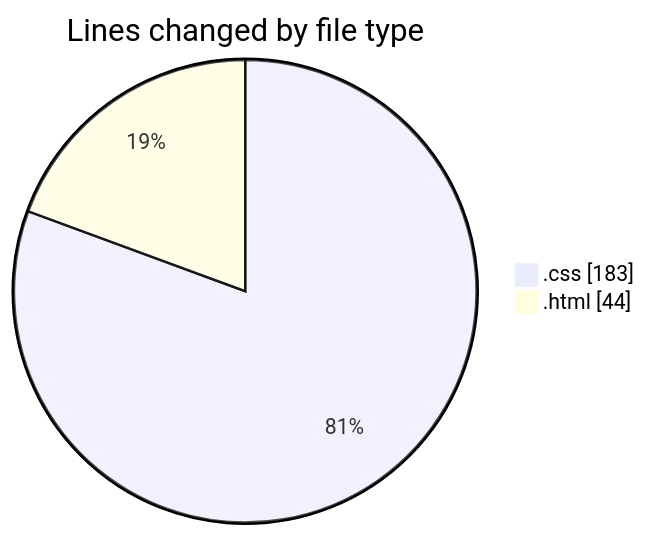
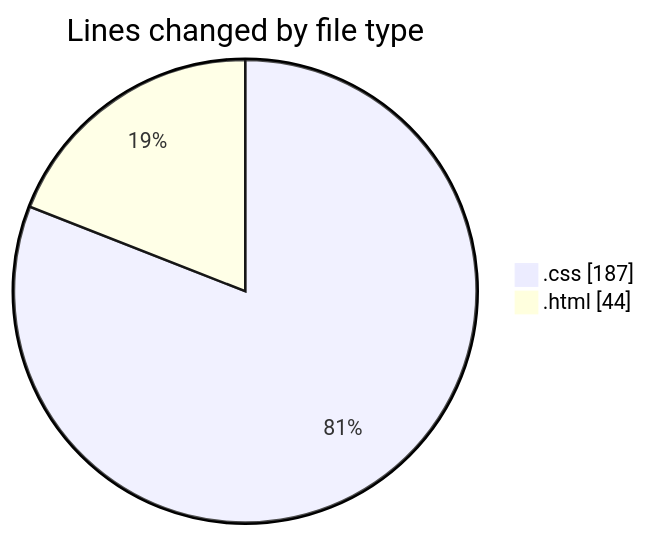
Before and after one commit to NitaiMahat/code-tracking: the first of 2 diagrams in 2025-01-26/results-summary-component-main/README.md, drawn with Mermaid. The commit also changed other lines of this file and 1 other file, not shown here.

````diff
--- a/2025-01-26/results-summary-component-main/README.md
+++ b/2025-01-26/results-summary-component-main/README.md
@@ -21,6 +21,6 @@
 ```mermaid
 pie showData
 title Lines changed by file type
-".css" : 183
+".css" : 187
 ".html" : 44
 ```
````
